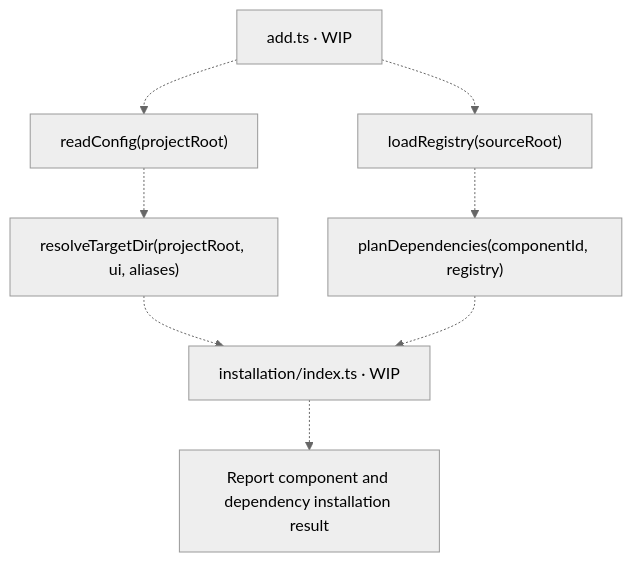
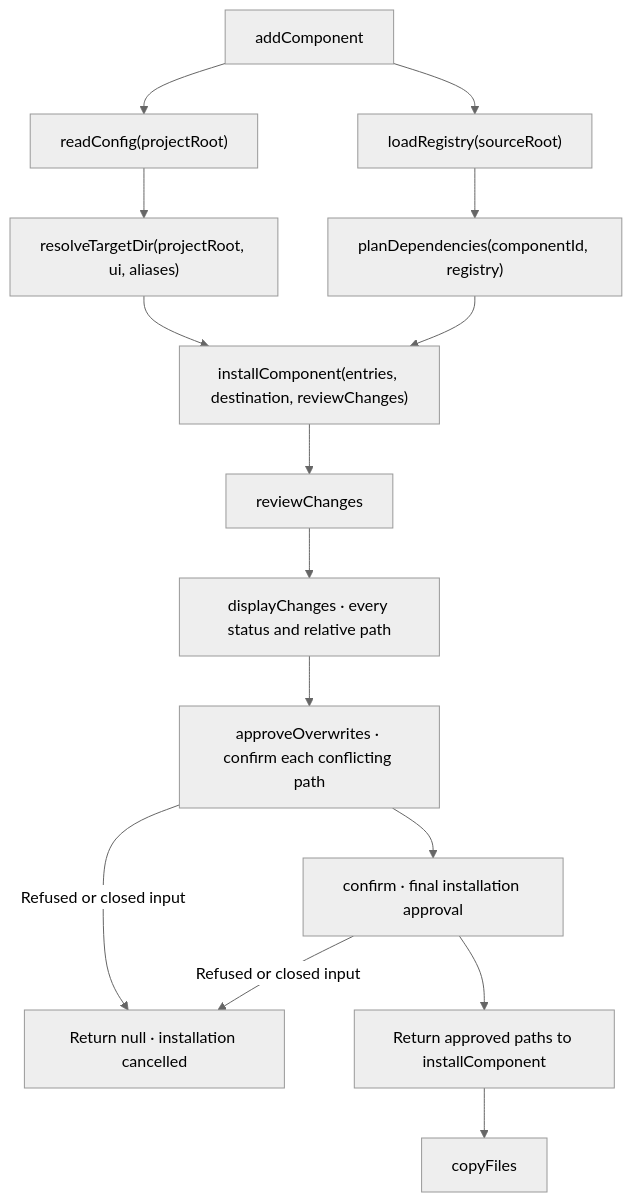
Before and after one commit to feuersteiner/bref-ui: the third of 3 diagrams in cli/commands/README.md, drawn with Mermaid (neutral theme). The commit also changed other lines of this file and 7 other files, not shown here.

Commit message:
feat: implement add command with review process for component installation

````diff
--- a/cli/commands/README.md
+++ b/cli/commands/README.md
@@ -40,10 +45,17 @@
 ```mermaid
 flowchart TD
-    add["add.ts · WIP"] -.-> read["readConfig(projectRoot)"]
-    read -.-> resolve["resolveTargetDir(projectRoot, ui, aliases)"]
-    add -.-> load["loadRegistry(sourceRoot)"]
-    load -.-> plan["planDependencies(componentId, registry)"]
-    resolve -.-> install["installation/index.ts · WIP"]
-    plan -.-> install
-    install -.-> report["Report component and dependency installation result"]
+    add["addComponent"] --> read["readConfig(projectRoot)"]
+    read --> resolve["resolveTargetDir(projectRoot, ui, aliases)"]
+    add --> load["loadRegistry(sourceRoot)"]
+    load --> plan["planDependencies(componentId, registry)"]
+    resolve --> install["installComponent(entries, destination, reviewChanges)"]
+    plan --> install
+    install --> review["reviewChanges"]
+    review --> display["displayChanges · every status and relative path"]
+    display --> approve["approveOverwrites · confirm each conflicting path"]
+    approve --> confirm["confirm · final installation approval"]
+    approve -->|Refused or closed input| cancel["Return null · installation cancelled"]
+    confirm -->|Refused or closed input| cancel
+    confirm --> accepted["Return approved paths to installComponent"]
+    accepted --> copy["copyFiles"]
 ```
````
